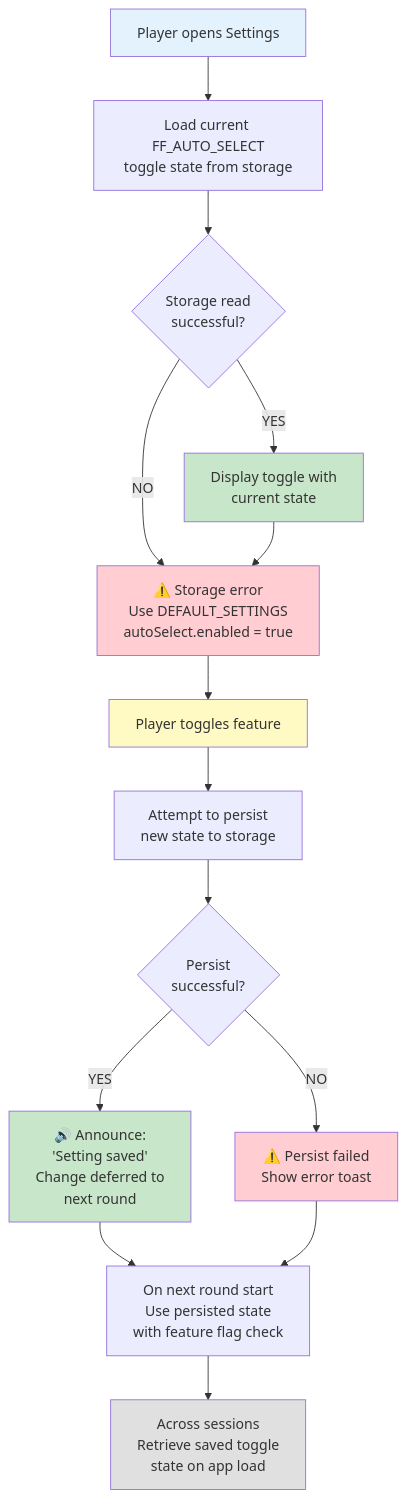
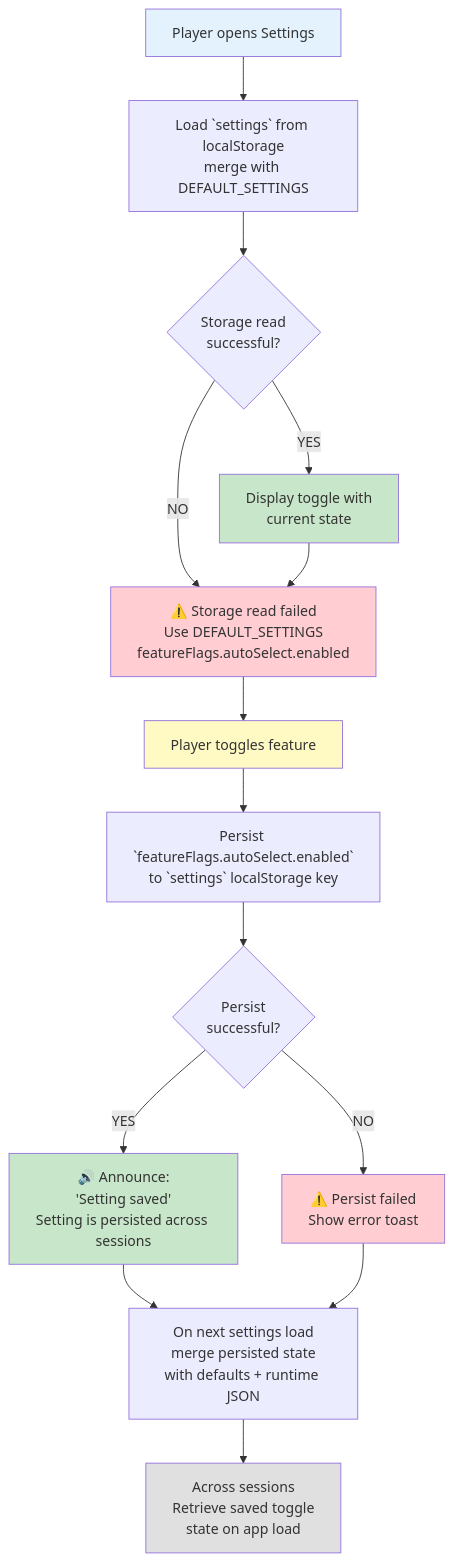
One commit to CyanAutomation/judokon changed the third of 3 diagrams in design/productRequirementsDocuments/prdRandomStatMode.md. Above: the diagram before and after it, drawn with Mermaid. The commit also changed other lines of this file, not shown here.

Commit message:
docs: align random stat PRD mermaid flows with current flags (#5685)

````diff
--- a/design/productRequirementsDocuments/prdRandomStatMode.md
+++ b/design/productRequirementsDocuments/prdRandomStatMode.md
@@ -132,30 +126,30 @@
 ```mermaid
 flowchart TD
-    A["Player opens Settings"] --> B["Load current FF_AUTO_SELECT<br/>toggle state from storage"]
+    A["Player opens Settings"] --> B["Load `settings` from localStorage<br/>merge with DEFAULT_SETTINGS"]
     B --> C{"Storage read<br/>successful?"}
 
     C -->|YES| D["Display toggle with<br/>current state"]
-    C -->|NO| E["⚠️ Storage error<br/>Use DEFAULT_SETTINGS<br/>autoSelect.enabled = true"]
+    C -->|NO| E["⚠️ Storage read failed<br/>Use DEFAULT_SETTINGS<br/>featureFlags.autoSelect.enabled"]
 
     D --> E
     E --> F["Player toggles feature"]
 
-    F --> G["Attempt to persist<br/>new state to storage"]
+    F --> G["Persist `featureFlags.autoSelect.enabled`<br/>to `settings` localStorage key"]
     G --> H{"Persist<br/>successful?"}
 
-    H -->|YES| I["🔊 Announce:<br/>'Setting saved'<br/>Change deferred to<br/>next round"]
+    H -->|YES| I["🔊 Announce:<br/>'Setting saved'<br/>Setting is persisted across sessions"]
     H -->|NO| J["⚠️ Persist failed<br/>Show error toast"]
 
-    I --> K["On next round start<br/>Use persisted state<br/>with feature flag check"]
+    I --> K["On next settings load<br/>merge persisted state<br/>with defaults + runtime JSON"]
     J --> K
 
     K --> L["Across sessions<br/>Retrieve saved toggle<br/>state on app load"]
 
     style A fill:#e3f2fd
     style D fill:#c8e6c9
     style E fill:#ffcdd2
     style F fill:#fff9c4
     style I fill:#c8e6c9
     style J fill:#ffcdd2
     style L fill:#e0e0e0
 ```
````
